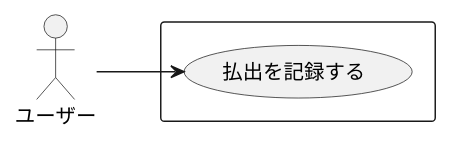
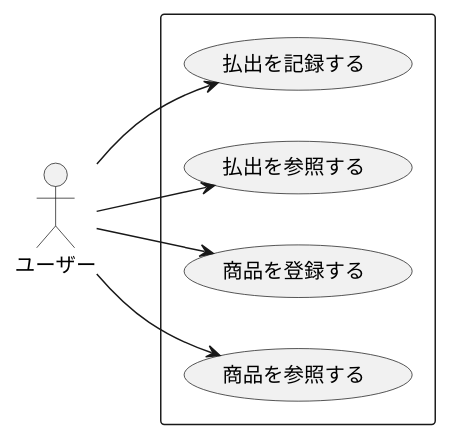
The diagram in docs/usecase.puml (HiromuSaito/payment-manager-api), drawn with PlantUML before and after one commit. The commit also changed 7 other files, not shown here.

```diff
--- a/docs/usecase.puml
+++ b/docs/usecase.puml
@@ -1,8 +1,11 @@
 @startuml usecase
 left to right direction
 
 actor ユーザー
 rectangle {
     ユーザー --> (払出を記録する)
+    ユーザー --> (払出を参照する)
+    ユーザー --> (商品を登録する)
+    ユーザー --> (商品を参照する)
 }
 @enduml
```
